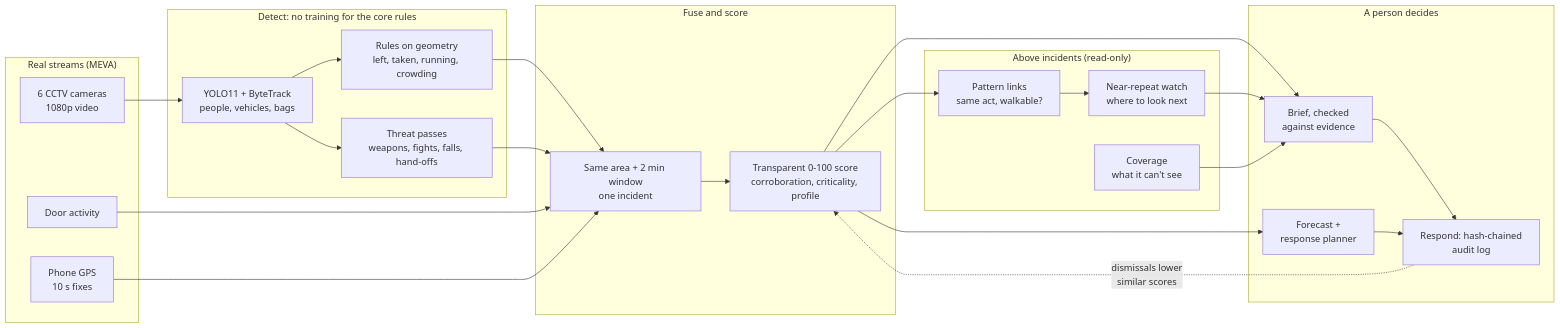
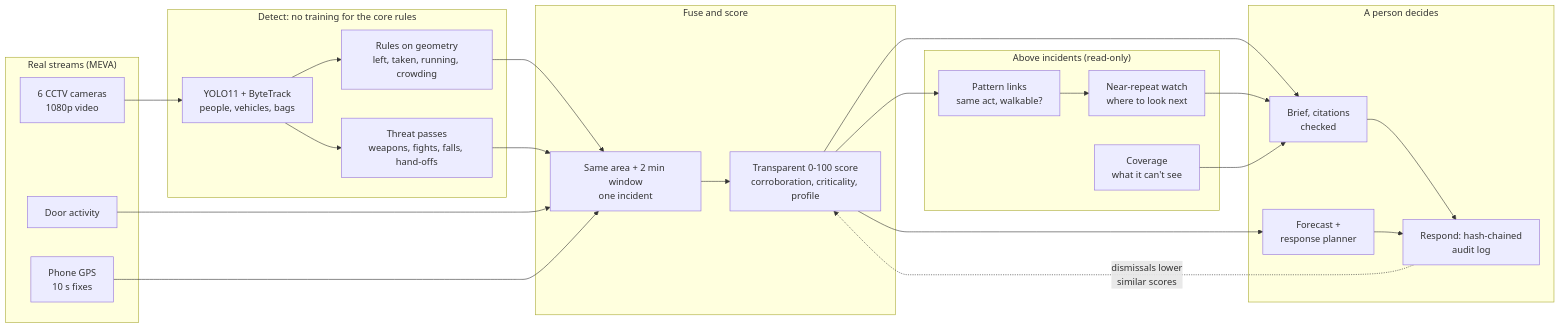
One commit to Argonyx-26/T14_Lordofpings changed the diagram in README.md. Above: the diagram before and after it, drawn with Mermaid. The commit also changed other lines of this file and 6 other files, not shown here.

````diff
--- a/README.md
+++ b/README.md
@@ -107,36 +107,36 @@
 ```mermaid
 flowchart LR
   subgraph Streams["Real streams (MEVA)"]
     V["6 CCTV cameras<br/>1080p video"]
     D["Door activity"]
     G["Phone GPS<br/>10 s fixes"]
   end
   subgraph Detect["Detect: no training for the core rules"]
     Y["YOLO11 + ByteTrack<br/>people, vehicles, bags"]
     R["Rules on geometry<br/>left, taken, running, crowding"]
     T["Threat passes<br/>weapons, fights, falls, hand-offs"]
   end
   subgraph Fuse["Fuse and score"]
     F["Same area + 2 min window<br/>one incident"]
     S["Transparent 0-100 score<br/>corroboration, criticality, profile"]
   end
   subgraph Intel["Above incidents (read-only)"]
     PL["Pattern links<br/>same act, walkable?"]
     NR["Near-repeat watch<br/>where to look next"]
     CV["Coverage<br/>what it can't see"]
   end
   subgraph Human["A person decides"]
-    B["Brief, checked<br/>against evidence"]
+    B["Brief, citations<br/>checked"]
     P["Forecast +<br/>response planner"]
     A["Respond: hash-chained<br/>audit log"]
   end
   V --> Y --> R --> F
   Y --> T --> F
   D --> F
   G --> F
   F --> S --> B --> A
   S --> P --> A
   A -. "dismissals lower<br/>similar scores" .-> S
   S --> PL --> NR --> B
   CV --> B
 ```
````
